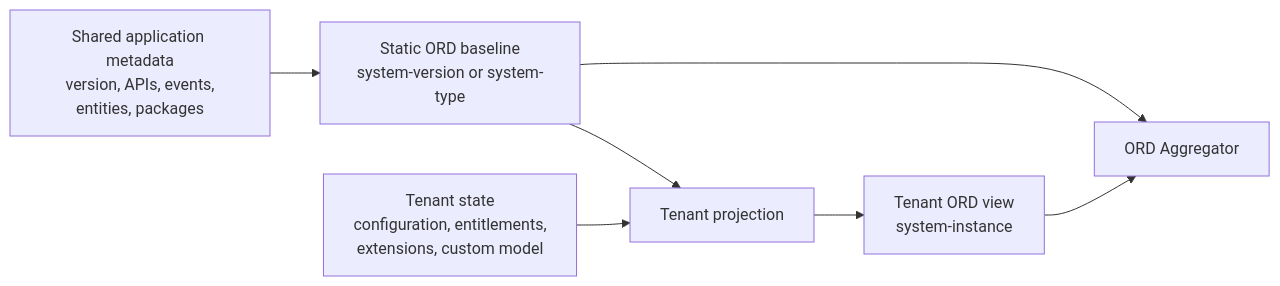
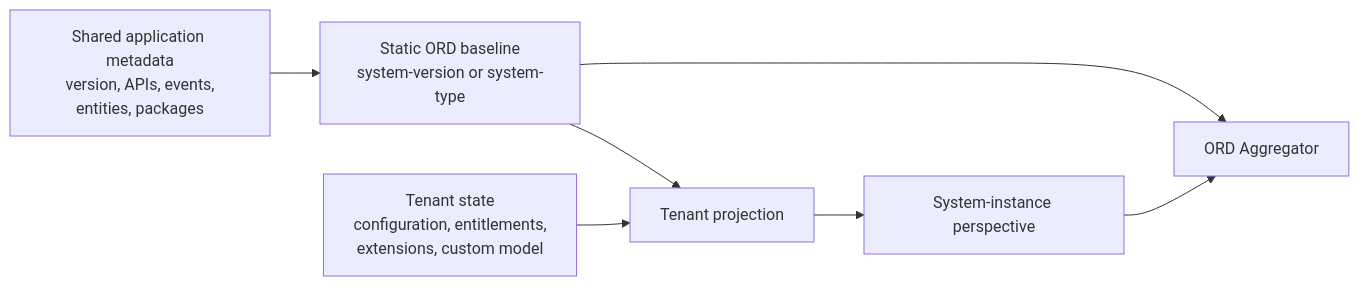
Before and after one commit to open-resource-discovery/specification: the diagram in docs/spec-v1/concepts/implementing-ord-natively.md, drawn with Mermaid. The commit also changed other lines of this file and 12 other files, not shown here.

````diff
--- a/docs/spec-v1/concepts/implementing-ord-natively.md
+++ b/docs/spec-v1/concepts/implementing-ord-natively.md
@@ -130,16 +131,16 @@
 ```mermaid
 flowchart LR
     Shared["Shared application metadata<br/>version, APIs, events,<br/>entities, packages"]
     Baseline["Static ORD baseline<br/>system-version or system-type"]
     TenantState["Tenant state<br/>configuration, entitlements,<br/>extensions, custom model"]
     Projection["Tenant projection"]
-    Dynamic["Tenant ORD view<br/>system-instance"]
+    Dynamic["System-instance perspective"]
     Aggregator["ORD Aggregator"]
 
     Shared --> Baseline
     Baseline --> Projection
     TenantState --> Projection
     Projection --> Dynamic
     Baseline --> Aggregator
     Dynamic --> Aggregator
 ```
````
